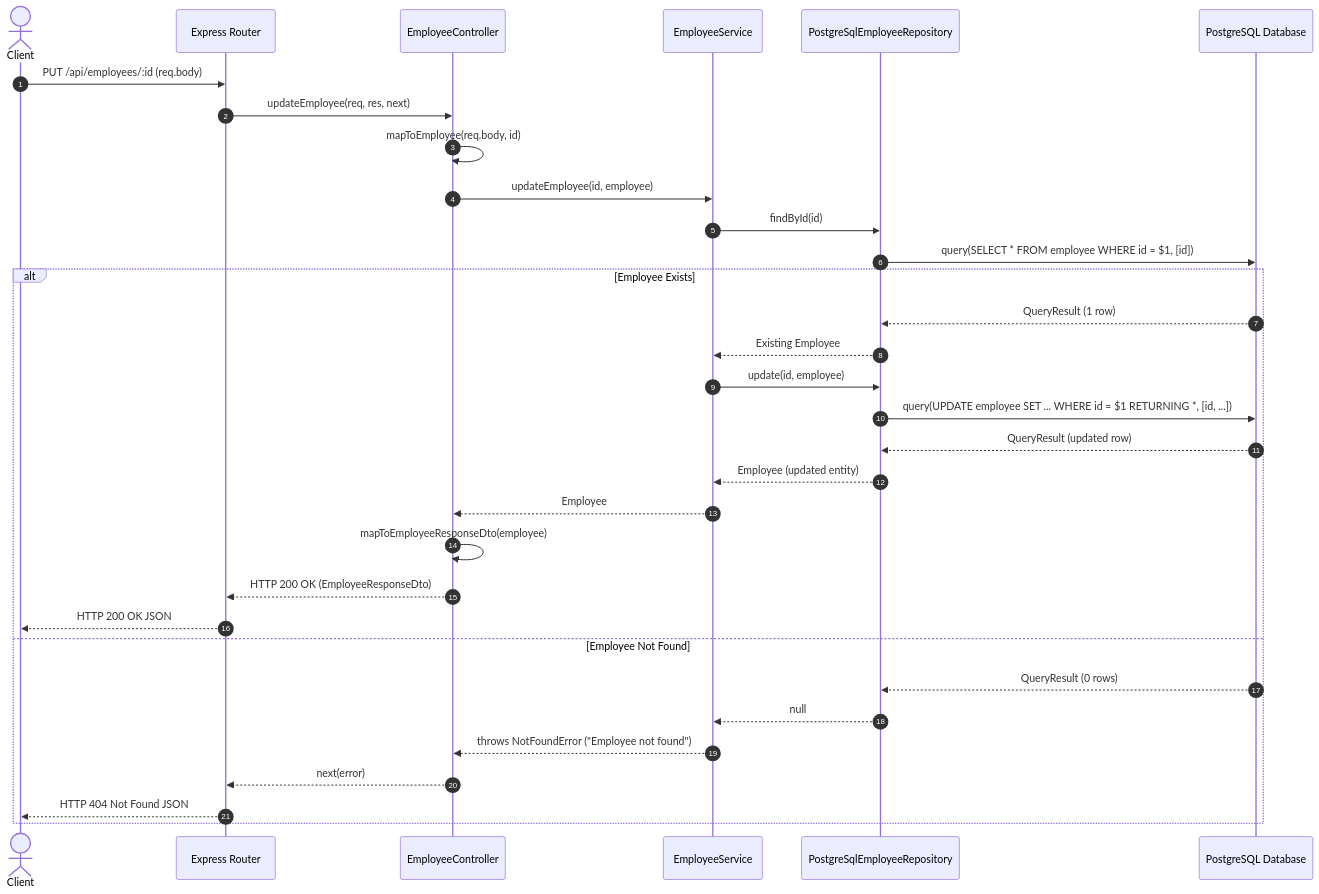
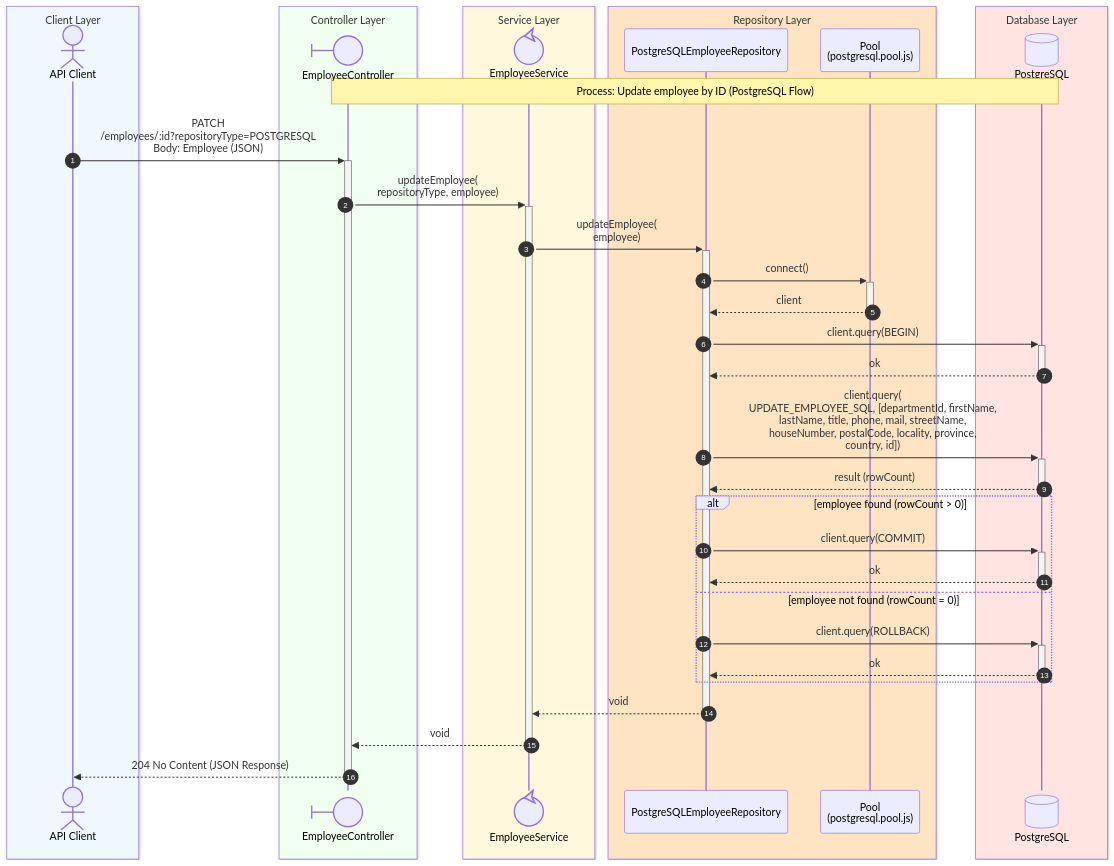
Before and after one commit to k1729p/Study28: the diagram in docs/mermaid/sequenceDiagramUpdateEmployee.md, drawn with Mermaid. The commit also changed other lines of this file and 4 other files, not shown here.

````diff
--- a/docs/mermaid/sequenceDiagramUpdateEmployee.md
+++ b/docs/mermaid/sequenceDiagramUpdateEmployee.md
@@ -3,40 +3,46 @@
 ```mermaid
 sequenceDiagram
-    autonumber
-    actor Client
-    participant Express as Express Router
-    participant Controller as EmployeeController
-    participant Service as EmployeeService
-    participant Repo as PostgreSqlEmployeeRepository
-    participant DB as PostgreSQL Database
+box aliceblue Client Layer
+  participant API_CLI@{ "type": "actor" } as API Client
+end
+box honeydew Controller Layer
+  participant CTRL@{ "type": "boundary" } as EmployeeController
+end
+box cornsilk Service Layer
+  participant SERV@{ "type": "control" } as EmployeeService
+end
+box bisque Repository Layer
+  participant REPO as PostgreSQLEmployeeRepository
+  participant POOL as Pool<br>(postgresql.pool.js)
+end
+box mistyrose Database Layer
+  participant PSQL@{ "type" : "database" } as PostgreSQL
+end
 
-    Client->>Express: PUT /api/employees/:id (req.body)
-    Express->>Controller: updateEmployee(req, res, next)
-    Controller->>Controller: mapToEmployee(req.body, id)
-    
-    Controller->>Service: updateEmployee(id, employee)
-    
-    Service->>Repo: findById(id)
-    Repo->>DB: query(SELECT * FROM employee WHERE id = $1, [id])
-    
-    alt Employee Exists
-        DB-->>Repo: QueryResult (1 row)
-        Repo-->>Service: Existing Employee
-        
-        Service->>Repo: update(id, employee)
-        Repo->>DB: query(UPDATE employee SET ... WHERE id = $1 RETURNING *, [id, ...])
-        DB-->>Repo: QueryResult (updated row)
-        Repo-->>Service: Employee (updated entity)
-        
-        Service-->>Controller: Employee
-        Controller->>Controller: mapToEmployeeResponseDto(employee)
-        Controller-->>Express: HTTP 200 OK (EmployeeResponseDto)
-        Express-->>Client: HTTP 200 OK JSON
-    else Employee Not Found
-        DB-->>Repo: QueryResult (0 rows)
-        Repo-->>Service: null
-        Service-->>Controller: throws NotFoundError ("Employee not found")
-        Controller-->>Express: next(error)
-        Express-->>Client: HTTP 404 Not Found JSON
-    end
+autonumber 1
+Note over CTRL, PSQL: Process: Update employee by ID (PostgreSQL Flow)
+
+API_CLI ->>+ CTRL: PATCH<br>/employees/:id?repositoryType=POSTGRESQL<br>Body: Employee (JSON)
+
+CTRL ->>+ SERV: updateEmployee(<br>repositoryType, employee)
+SERV ->>+ REPO: updateEmployee(<br>employee)
+REPO ->>+ POOL: connect()
+POOL -->>- REPO: client
+REPO ->>+ PSQL: client.query(BEGIN)
+PSQL -->>- REPO: ok
+REPO ->>+ PSQL: client.query(<br>UPDATE_EMPLOYEE_SQL, [departmentId, firstName,<br>lastName, title, phone, mail, streetName,<br>houseNumber, postalCode, locality, province,<br>country, id])
+PSQL -->>- REPO: result (rowCount)
+
+alt employee found (rowCount > 0)
+    REPO ->>+ PSQL: client.query(COMMIT)
+    PSQL -->>- REPO: ok
+else employee not found (rowCount = 0)
+    REPO ->>+ PSQL: client.query(ROLLBACK)
+    PSQL -->>- REPO: ok
+end
+
+REPO -->>- SERV: void
+SERV -->>- CTRL: void
+CTRL -->> API_CLI: 204 No Content (JSON Response)
+deactivate CTRL
 ```
````
